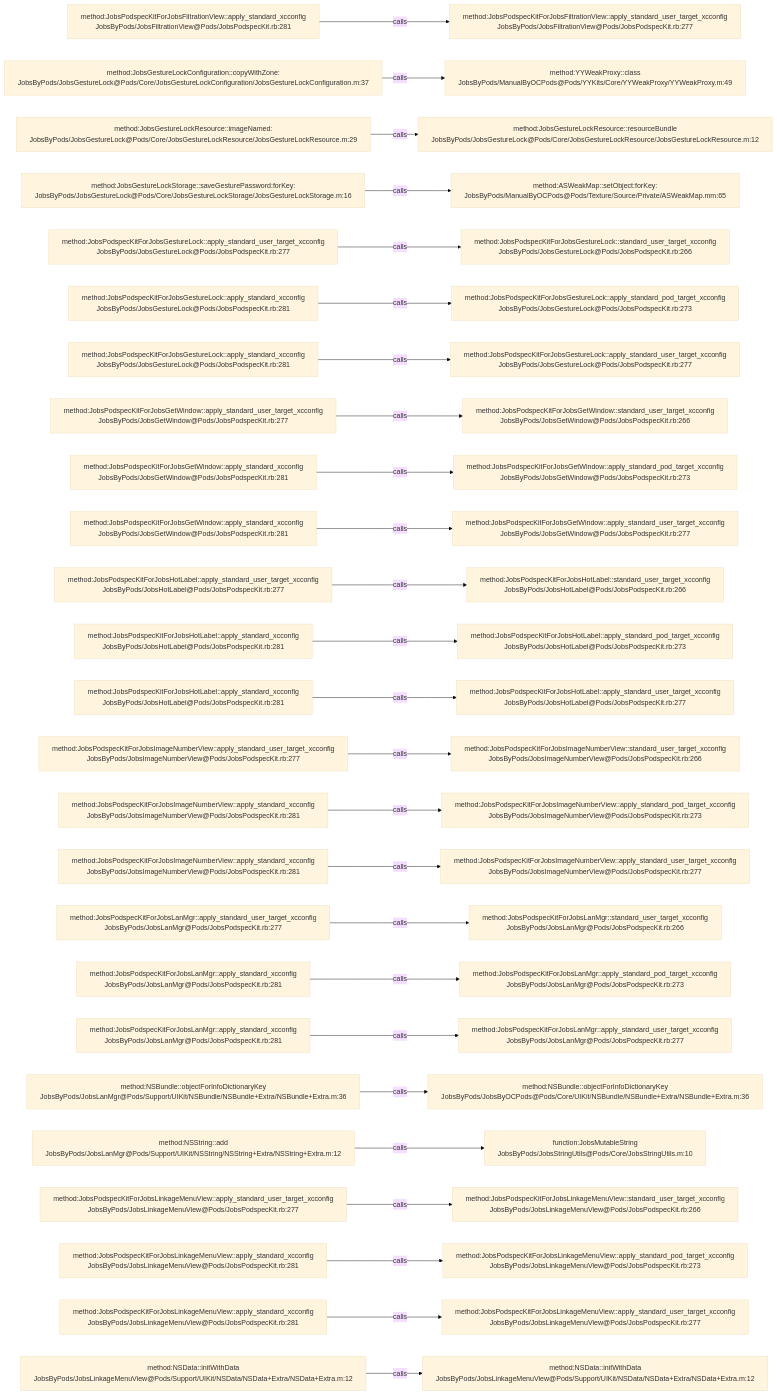
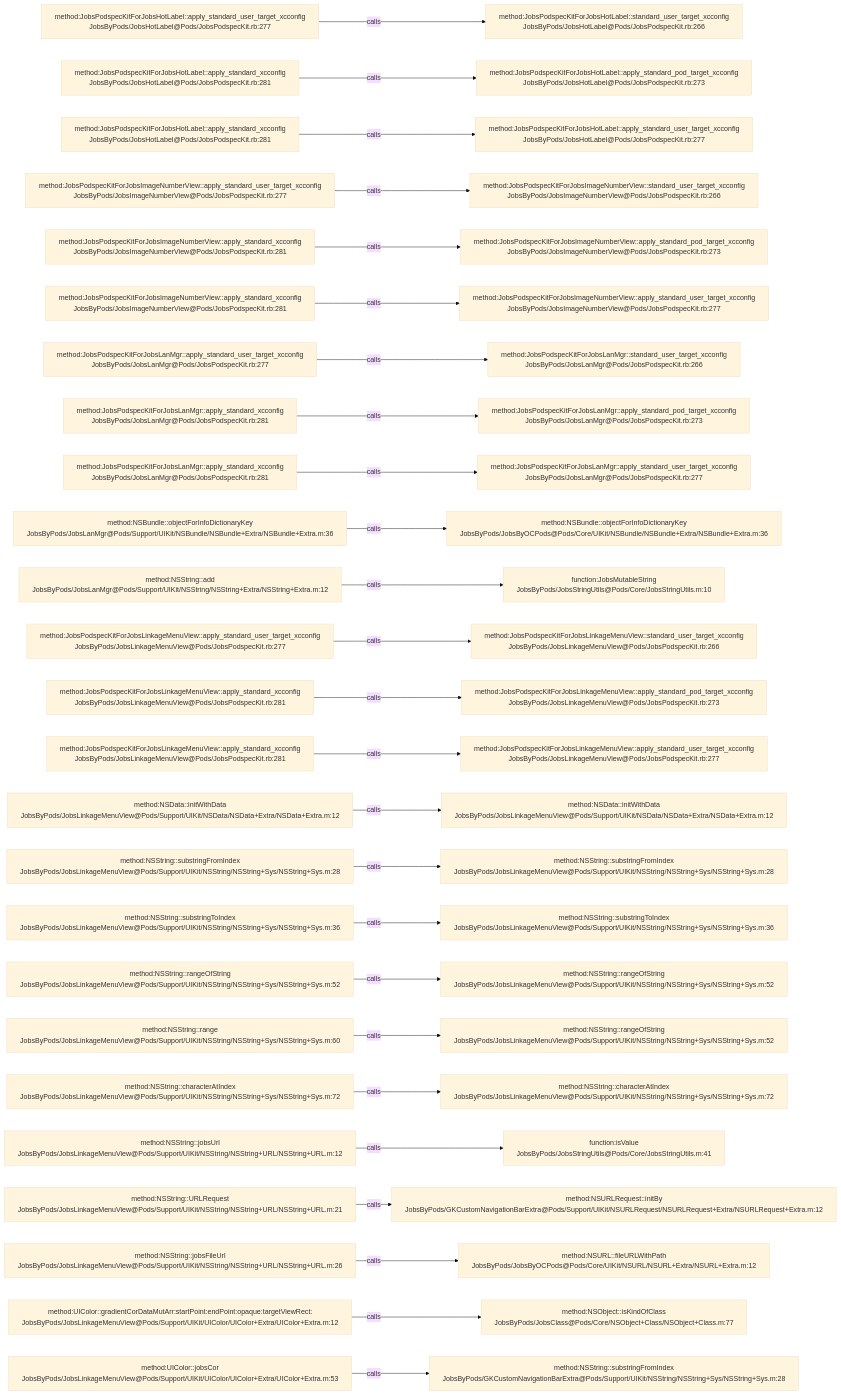
One commit to JobsKits/JobsOCBaseConfigDemo changed the diagram in .codegraph/codegraph.md/graphs/calls-010.md. Above: the diagram before and after it, drawn with Mermaid (base theme). The commit also changed 296 other files, not shown here.

````diff
--- a/.codegraph/codegraph.md/graphs/calls-010.md
+++ b/.codegraph/codegraph.md/graphs/calls-010.md
@@ -13,78 +13,78 @@
 ```mermaid
 flowchart LR
-  S1["method:JobsPodspecKitForJobsFiltrationView::apply_standard_xcconfig<br/>JobsByPods/JobsFiltrationView@Pods/JobsPodspecKit.rb:281"]
-  T1["method:JobsPodspecKitForJobsFiltrationView::apply_standard_user_target_xcconfig<br/>JobsByPods/JobsFiltrationView@Pods/JobsPodspecKit.rb:277"]
+  S1["method:JobsPodspecKitForJobsHotLabel::apply_standard_user_target_xcconfig<br/>JobsByPods/JobsHotLabel@Pods/JobsPodspecKit.rb:277"]
+  T1["method:JobsPodspecKitForJobsHotLabel::standard_user_target_xcconfig<br/>JobsByPods/JobsHotLabel@Pods/JobsPodspecKit.rb:266"]
   S1 -->|calls| T1
-  S2["method:JobsGestureLockConfiguration::copyWithZone:<br/>JobsByPods/JobsGestureLock@Pods/Core/JobsGestureLockConfiguration/JobsGestureLockConfiguration.m:37"]
-  T2["method:YYWeakProxy::class<br/>JobsByPods/ManualByOCPods@Pods/YYKits/Core/YYWeakProxy/YYWeakProxy.m:49"]
+  S2["method:JobsPodspecKitForJobsHotLabel::apply_standard_xcconfig<br/>JobsByPods/JobsHotLabel@Pods/JobsPodspecKit.rb:281"]
+  T2["method:JobsPodspecKitForJobsHotLabel::apply_standard_pod_target_xcconfig<br/>JobsByPods/JobsHotLabel@Pods/JobsPodspecKit.rb:273"]
   S2 -->|calls| T2
-  S3["method:JobsGestureLockResource::imageNamed:<br/>JobsByPods/JobsGestureLock@Pods/Core/JobsGestureLockResource/JobsGestureLockResource.m:29"]
-  T3["method:JobsGestureLockResource::resourceBundle<br/>JobsByPods/JobsGestureLock@Pods/Core/JobsGestureLockResource/JobsGestureLockResource.m:12"]
+  S3["method:JobsPodspecKitForJobsHotLabel::apply_standard_xcconfig<br/>JobsByPods/JobsHotLabel@Pods/JobsPodspecKit.rb:281"]
+  T3["method:JobsPodspecKitForJobsHotLabel::apply_standard_user_target_xcconfig<br/>JobsByPods/JobsHotLabel@Pods/JobsPodspecKit.rb:277"]
   S3 -->|calls| T3
-  S4["method:JobsGestureLockStorage::saveGesturePassword:forKey:<br/>JobsByPods/JobsGestureLock@Pods/Core/JobsGestureLockStorage/JobsGestureLockStorage.m:16"]
-  T4["method:ASWeakMap::setObject:forKey:<br/>JobsByPods/ManualByOCPods@Pods/Texture/Source/Private/ASWeakMap.mm:65"]
+  S4["method:JobsPodspecKitForJobsImageNumberView::apply_standard_user_target_xcconfig<br/>JobsByPods/JobsImageNumberView@Pods/JobsPodspecKit.rb:277"]
+  T4["method:JobsPodspecKitForJobsImageNumberView::standard_user_target_xcconfig<br/>JobsByPods/JobsImageNumberView@Pods/JobsPodspecKit.rb:266"]
   S4 -->|calls| T4
-  S5["method:JobsPodspecKitForJobsGestureLock::apply_standard_user_target_xcconfig<br/>JobsByPods/JobsGestureLock@Pods/JobsPodspecKit.rb:277"]
-  T5["method:JobsPodspecKitForJobsGestureLock::standard_user_target_xcconfig<br/>JobsByPods/JobsGestureLock@Pods/JobsPodspecKit.rb:266"]
+  S5["method:JobsPodspecKitForJobsImageNumberView::apply_standard_xcconfig<br/>JobsByPods/JobsImageNumberView@Pods/JobsPodspecKit.rb:281"]
+  T5["method:JobsPodspecKitForJobsImageNumberView::apply_standard_pod_target_xcconfig<br/>JobsByPods/JobsImageNumberView@Pods/JobsPodspecKit.rb:273"]
   S5 -->|calls| T5
-  S6["method:JobsPodspecKitForJobsGestureLock::apply_standard_xcconfig<br/>JobsByPods/JobsGestureLock@Pods/JobsPodspecKit.rb:281"]
-  T6["method:JobsPodspecKitForJobsGestureLock::apply_standard_pod_target_xcconfig<br/>JobsByPods/JobsGestureLock@Pods/JobsPodspecKit.rb:273"]
+  S6["method:JobsPodspecKitForJobsImageNumberView::apply_standard_xcconfig<br/>JobsByPods/JobsImageNumberView@Pods/JobsPodspecKit.rb:281"]
+  T6["method:JobsPodspecKitForJobsImageNumberView::apply_standard_user_target_xcconfig<br/>JobsByPods/JobsImageNumberView@Pods/JobsPodspecKit.rb:277"]
   S6 -->|calls| T6
-  S7["method:JobsPodspecKitForJobsGestureLock::apply_standard_xcconfig<br/>JobsByPods/JobsGestureLock@Pods/JobsPodspecKit.rb:281"]
-  T7["method:JobsPodspecKitForJobsGestureLock::apply_standard_user_target_xcconfig<br/>JobsByPods/JobsGestureLock@Pods/JobsPodspecKit.rb:277"]
+  S7["method:JobsPodspecKitForJobsLanMgr::apply_standard_user_target_xcconfig<br/>JobsByPods/JobsLanMgr@Pods/JobsPodspecKit.rb:277"]
+  T7["method:JobsPodspecKitForJobsLanMgr::standard_user_target_xcconfig<br/>JobsByPods/JobsLanMgr@Pods/JobsPodspecKit.rb:266"]
   S7 -->|calls| T7
-  S8["method:JobsPodspecKitForJobsGetWindow::apply_standard_user_target_xcconfig<br/>JobsByPods/JobsGetWindow@Pods/JobsPodspecKit.rb:277"]
-  T8["method:JobsPodspecKitForJobsGetWindow::standard_user_target_xcconfig<br/>JobsByPods/JobsGetWindow@Pods/JobsPodspecKit.rb:266"]
+  S8["method:JobsPodspecKitForJobsLanMgr::apply_standard_xcconfig<br/>JobsByPods/JobsLanMgr@Pods/JobsPodspecKit.rb:281"]
+  T8["method:JobsPodspecKitForJobsLanMgr::apply_standard_pod_target_xcconfig<br/>JobsByPods/JobsLanMgr@Pods/JobsPodspecKit.rb:273"]
   S8 -->|calls| T8
-  S9["method:JobsPodspecKitForJobsGetWindow::apply_standard_xcconfig<br/>JobsByPods/JobsGetWindow@Pods/JobsPodspecKit.rb:281"]
-  T9["method:JobsPodspecKitForJobsGetWindow::apply_standard_pod_target_xcconfig<br/>JobsByPods/JobsGetWindow@Pods/JobsPodspecKit.rb:273"]
+  S9["method:JobsPodspecKitForJobsLanMgr::apply_standard_xcconfig<br/>JobsByPods/JobsLanMgr@Pods/JobsPodspecKit.rb:281"]
+  T9["method:JobsPodspecKitForJobsLanMgr::apply_standard_user_target_xcconfig<br/>JobsByPods/JobsLanMgr@Pods/JobsPodspecKit.rb:277"]
   S9 -->|calls| T9
-  S10["method:JobsPodspecKitForJobsGetWindow::apply_standard_xcconfig<br/>JobsByPods/JobsGetWindow@Pods/JobsPodspecKit.rb:281"]
-  T10["method:JobsPodspecKitForJobsGetWindow::apply_standard_user_target_xcconfig<br/>JobsByPods/JobsGetWindow@Pods/JobsPodspecKit.rb:277"]
+  S10["method:NSBundle::objectForInfoDictionaryKey<br/>JobsByPods/JobsLanMgr@Pods/Support/UIKit/NSBundle/NSBundle+Extra/NSBundle+Extra.m:36"]
+  T10["method:NSBundle::objectForInfoDictionaryKey<br/>JobsByPods/JobsByOCPods@Pods/Core/UIKit/NSBundle/NSBundle+Extra/NSBundle+Extra.m:36"]
   S10 -->|calls| T10
-  S11["method:JobsPodspecKitForJobsHotLabel::apply_standard_user_target_xcconfig<br/>JobsByPods/JobsHotLabel@Pods/JobsPodspecKit.rb:277"]
-  T11["method:JobsPodspecKitForJobsHotLabel::standard_user_target_xcconfig<br/>JobsByPods/JobsHotLabel@Pods/JobsPodspecKit.rb:266"]
+  S11["method:NSString::add<br/>JobsByPods/JobsLanMgr@Pods/Support/UIKit/NSString/NSString+Extra/NSString+Extra.m:12"]
+  T11["function:JobsMutableString<br/>JobsByPods/JobsStringUtils@Pods/Core/JobsStringUtils.m:10"]
   S11 -->|calls| T11
-  S12["method:JobsPodspecKitForJobsHotLabel::apply_standard_xcconfig<br/>JobsByPods/JobsHotLabel@Pods/JobsPodspecKit.rb:281"]
-  T12["method:JobsPodspecKitForJobsHotLabel::apply_standard_pod_target_xcconfig<br/>JobsByPods/JobsHotLabel@Pods/JobsPodspecKit.rb:273"]
+  S12["method:JobsPodspecKitForJobsLinkageMenuView::apply_standard_user_target_xcconfig<br/>JobsByPods/JobsLinkageMenuView@Pods/JobsPodspecKit.rb:277"]
+  T12["method:JobsPodspecKitForJobsLinkageMenuView::standard_user_target_xcconfig<br/>JobsByPods/JobsLinkageMenuView@Pods/JobsPodspecKit.rb:266"]
   S12 -->|calls| T12
-  S13["method:JobsPodspecKitForJobsHotLabel::apply_standard_xcconfig<br/>JobsByPods/JobsHotLabel@Pods/JobsPodspecKit.rb:281"]
-  T13["method:JobsPodspecKitForJobsHotLabel::apply_standard_user_target_xcconfig<br/>JobsByPods/JobsHotLabel@Pods/JobsPodspecKit.rb:277"]
+  S13["method:JobsPodspecKitForJobsLinkageMenuView::apply_standard_xcconfig<br/>JobsByPods/JobsLinkageMenuView@Pods/JobsPodspecKit.rb:281"]
+  T13["method:JobsPodspecKitForJobsLinkageMenuView::apply_standard_pod_target_xcconfig<br/>JobsByPods/JobsLinkageMenuView@Pods/JobsPodspecKit.rb:273"]
   S13 -->|calls| T13
-  S14["method:JobsPodspecKitForJobsImageNumberView::apply_standard_user_target_xcconfig<br/>JobsByPods/JobsImageNumberView@Pods/JobsPodspecKit.rb:277"]
-  T14["method:JobsPodspecKitForJobsImageNumberView::standard_user_target_xcconfig<br/>JobsByPods/JobsImageNumberView@Pods/JobsPodspecKit.rb:266"]
+  S14["method:JobsPodspecKitForJobsLinkageMenuView::apply_standard_xcconfig<br/>JobsByPods/JobsLinkageMenuView@Pods/JobsPodspecKit.rb:281"]
+  T14["method:JobsPodspecKitForJobsLinkageMenuView::apply_standard_user_target_xcconfig<br/>JobsByPods/JobsLinkageMenuView@Pods/JobsPodspecKit.rb:277"]
   S14 -->|calls| T14
-  S15["method:JobsPodspecKitForJobsImageNumberView::apply_standard_xcconfig<br/>JobsByPods/JobsImageNumberView@Pods/JobsPodspecKit.rb:281"]
-  T15["method:JobsPodspecKitForJobsImageNumberView::apply_standard_pod_target_xcconfig<br/>JobsByPods/JobsImageNumberView@Pods/JobsPodspecKit.rb:273"]
+  S15["method:NSData::initWithData<br/>JobsByPods/JobsLinkageMenuView@Pods/Support/UIKit/NSData/NSData+Extra/NSData+Extra.m:12"]
+  T15["method:NSData::initWithData<br/>JobsByPods/JobsLinkageMenuView@Pods/Support/UIKit/NSData/NSData+Extra/NSData+Extra.m:12"]
   S15 -->|calls| T15
-  S16["method:JobsPodspecKitForJobsImageNumberView::apply_standard_xcconfig<br/>JobsByPods/JobsImageNumberView@Pods/JobsPodspecKit.rb:281"]
-  T16["method:JobsPodspecKitForJobsImageNumberView::apply_standard_user_target_xcconfig<br/>JobsByPods/JobsImageNumberView@Pods/JobsPodspecKit.rb:277"]
+  S16["method:NSString::substringFromIndex<br/>JobsByPods/JobsLinkageMenuView@Pods/Support/UIKit/NSString/NSString+Sys/NSString+Sys.m:28"]
+  T16["method:NSString::substringFromIndex<br/>JobsByPods/JobsLinkageMenuView@Pods/Support/UIKit/NSString/NSString+Sys/NSString+Sys.m:28"]
   S16 -->|calls| T16
-  S17["method:JobsPodspecKitForJobsLanMgr::apply_standard_user_target_xcconfig<br/>JobsByPods/JobsLanMgr@Pods/JobsPodspecKit.rb:277"]
-  T17["method:JobsPodspecKitForJobsLanMgr::standard_user_target_xcconfig<br/>JobsByPods/JobsLanMgr@Pods/JobsPodspecKit.rb:266"]
+  S17["method:NSString::substringToIndex<br/>JobsByPods/JobsLinkageMenuView@Pods/Support/UIKit/NSString/NSString+Sys/NSString+Sys.m:36"]
+  T17["method:NSString::substringToIndex<br/>JobsByPods/JobsLinkageMenuView@Pods/Support/UIKit/NSString/NSString+Sys/NSString+Sys.m:36"]
   S17 -->|calls| T17
-  S18["method:JobsPodspecKitForJobsLanMgr::apply_standard_xcconfig<br/>JobsByPods/JobsLanMgr@Pods/JobsPodspecKit.rb:281"]
-  T18["method:JobsPodspecKitForJobsLanMgr::apply_standard_pod_target_xcconfig<br/>JobsByPods/JobsLanMgr@Pods/JobsPodspecKit.rb:273"]
+  S18["method:NSString::rangeOfString<br/>JobsByPods/JobsLinkageMenuView@Pods/Support/UIKit/NSString/NSString+Sys/NSString+Sys.m:52"]
+  T18["method:NSString::rangeOfString<br/>JobsByPods/JobsLinkageMenuView@Pods/Support/UIKit/NSString/NSString+Sys/NSString+Sys.m:52"]
   S18 -->|calls| T18
-  S19["method:JobsPodspecKitForJobsLanMgr::apply_standard_xcconfig<br/>JobsByPods/JobsLanMgr@Pods/JobsPodspecKit.rb:281"]
-  T19["method:JobsPodspecKitForJobsLanMgr::apply_standard_user_target_xcconfig<br/>JobsByPods/JobsLanMgr@Pods/JobsPodspecKit.rb:277"]
+  S19["method:NSString::range<br/>JobsByPods/JobsLinkageMenuView@Pods/Support/UIKit/NSString/NSString+Sys/NSString+Sys.m:60"]
+  T19["method:NSString::rangeOfString<br/>JobsByPods/JobsLinkageMenuView@Pods/Support/UIKit/NSString/NSString+Sys/NSString+Sys.m:52"]
   S19 -->|calls| T19
-  S20["method:NSBundle::objectForInfoDictionaryKey<br/>JobsByPods/JobsLanMgr@Pods/Support/UIKit/NSBundle/NSBundle+Extra/NSBundle+Extra.m:36"]
-  T20["method:NSBundle::objectForInfoDictionaryKey<br/>JobsByPods/JobsByOCPods@Pods/Core/UIKit/NSBundle/NSBundle+Extra/NSBundle+Extra.m:36"]
+  S20["method:NSString::characterAtIndex<br/>JobsByPods/JobsLinkageMenuView@Pods/Support/UIKit/NSString/NSString+Sys/NSString+Sys.m:72"]
+  T20["method:NSString::characterAtIndex<br/>JobsByPods/JobsLinkageMenuView@Pods/Support/UIKit/NSString/NSString+Sys/NSString+Sys.m:72"]
   S20 -->|calls| T20
-  S21["method:NSString::add<br/>JobsByPods/JobsLanMgr@Pods/Support/UIKit/NSString/NSString+Extra/NSString+Extra.m:12"]
-  T21["function:JobsMutableString<br/>JobsByPods/JobsStringUtils@Pods/Core/JobsStringUtils.m:10"]
+  S21["method:NSString::jobsUrl<br/>JobsByPods/JobsLinkageMenuView@Pods/Support/UIKit/NSString/NSString+URL/NSString+URL.m:12"]
+  T21["function:isValue<br/>JobsByPods/JobsStringUtils@Pods/Core/JobsStringUtils.m:41"]
   S21 -->|calls| T21
-  S22["method:JobsPodspecKitForJobsLinkageMenuView::apply_standard_user_target_xcconfig<br/>JobsByPods/JobsLinkageMenuView@Pods/JobsPodspecKit.rb:277"]
-  T22["method:JobsPodspecKitForJobsLinkageMenuView::standard_user_target_xcconfig<br/>JobsByPods/JobsLinkageMenuView@Pods/JobsPodspecKit.rb:266"]
+  S22["method:NSString::URLRequest<br/>JobsByPods/JobsLinkageMenuView@Pods/Support/UIKit/NSString/NSString+URL/NSString+URL.m:21"]
+  T22["method:NSURLRequest::initBy<br/>JobsByPods/GKCustomNavigationBarExtra@Pods/Support/UIKit/NSURLRequest/NSURLRequest+Extra/NSURLRequest+Extra.m:12"]
   S22 -->|calls| T22
-  S23["method:JobsPodspecKitForJobsLinkageMenuView::apply_standard_xcconfig<br/>JobsByPods/JobsLinkageMenuView@Pods/JobsPodspecKit.rb:281"]
-  T23["method:JobsPodspecKitForJobsLinkageMenuView::apply_standard_pod_target_xcconfig<br/>JobsByPods/JobsLinkageMenuView@Pods/JobsPodspecKit.rb:273"]
+  S23["method:NSString::jobsFileUrl<br/>JobsByPods/JobsLinkageMenuView@Pods/Support/UIKit/NSString/NSString+URL/NSString+URL.m:26"]
+  T23["method:NSURL::fileURLWithPath<br/>JobsByPods/JobsByOCPods@Pods/Core/UIKit/NSURL/NSURL+Extra/NSURL+Extra.m:12"]
   S23 -->|calls| T23
-  S24["method:JobsPodspecKitForJobsLinkageMenuView::apply_standard_xcconfig<br/>JobsByPods/JobsLinkageMenuView@Pods/JobsPodspecKit.rb:281"]
-  T24["method:JobsPodspecKitForJobsLinkageMenuView::apply_standard_user_target_xcconfig<br/>JobsByPods/JobsLinkageMenuView@Pods/JobsPodspecKit.rb:277"]
+  S24["method:UIColor::gradientCorDataMutArr:startPoint:endPoint:opaque:targetViewRect:<br/>JobsByPods/JobsLinkageMenuView@Pods/Support/UIKit/UIColor/UIColor+Extra/UIColor+Extra.m:12"]
+  T24["method:NSObject::isKindOfClass<br/>JobsByPods/JobsClass@Pods/Core/NSObject+Class/NSObject+Class.m:77"]
   S24 -->|calls| T24
-  S25["method:NSData::initWithData<br/>JobsByPods/JobsLinkageMenuView@Pods/Support/UIKit/NSData/NSData+Extra/NSData+Extra.m:12"]
-  T25["method:NSData::initWithData<br/>JobsByPods/JobsLinkageMenuView@Pods/Support/UIKit/NSData/NSData+Extra/NSData+Extra.m:12"]
+  S25["method:UIColor::jobsCor<br/>JobsByPods/JobsLinkageMenuView@Pods/Support/UIKit/UIColor/UIColor+Extra/UIColor+Extra.m:53"]
+  T25["method:NSString::substringFromIndex<br/>JobsByPods/GKCustomNavigationBarExtra@Pods/Support/UIKit/NSString/NSString+Sys/NSString+Sys.m:28"]
   S25 -->|calls| T25
 ```
````
